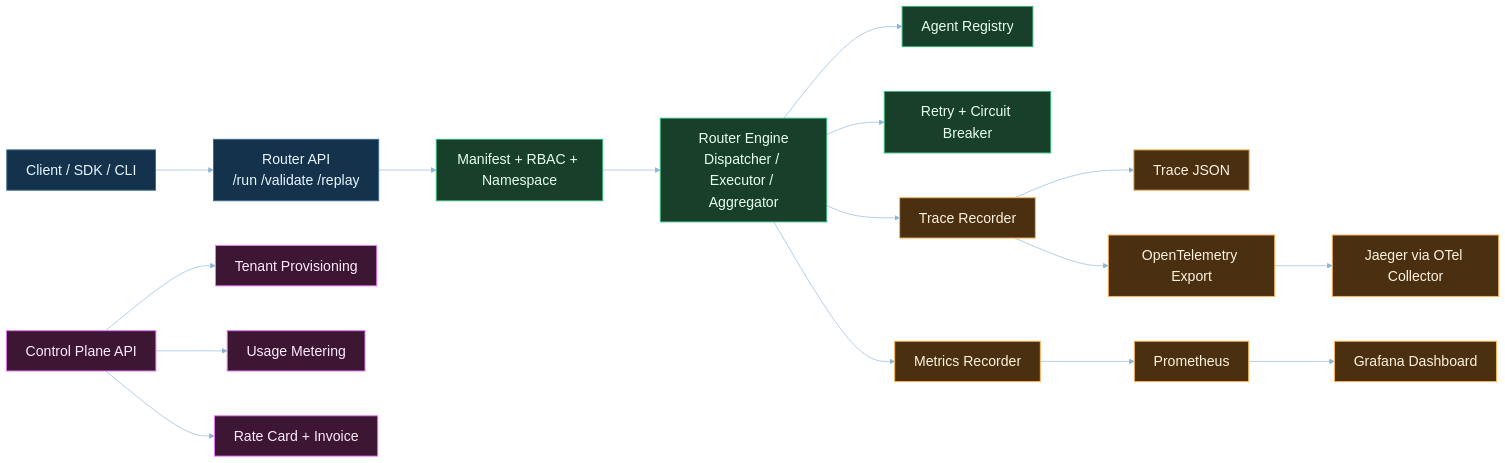
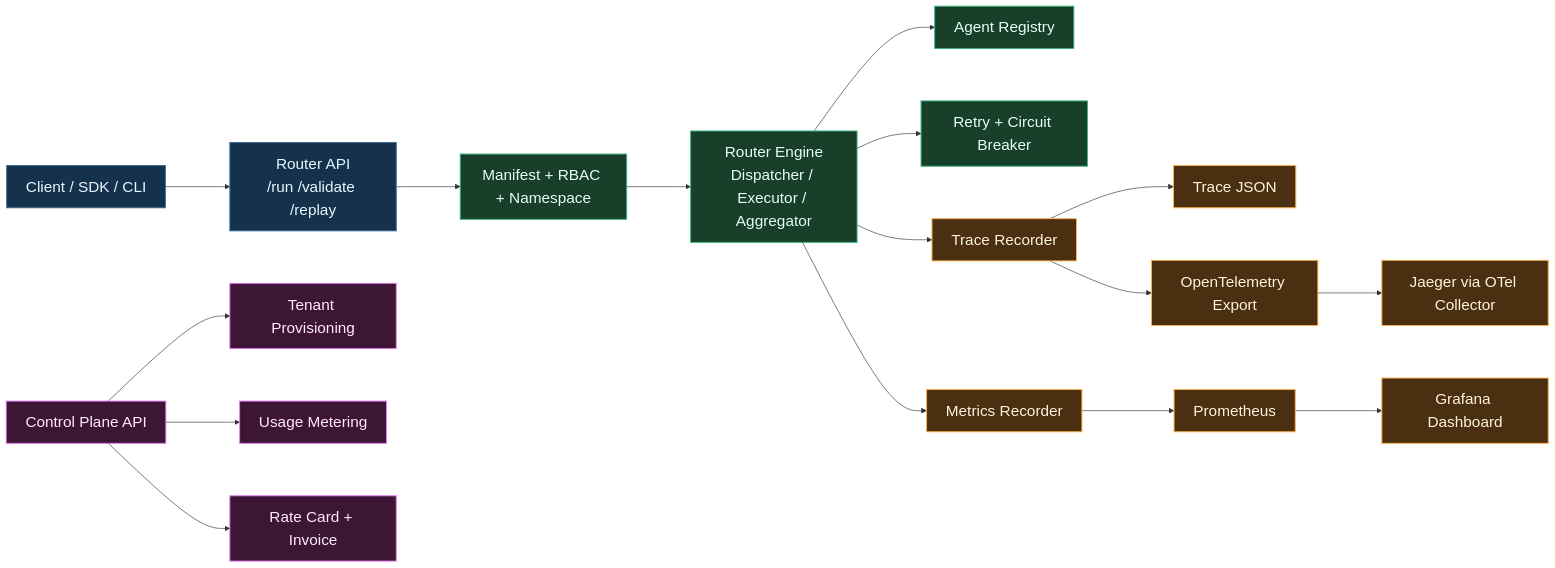
One commit to yagna-1/fluxroute changed the first of 5 diagrams in README.md. Above: the diagram before and after it, drawn with Mermaid. The commit also changed other lines of this file, not shown here.

Commit message:
docs: restore original diagram colors and upscale architecture view

````diff
--- a/README.md
+++ b/README.md
@@ -31,46 +31,43 @@
 ```mermaid
 %%{init: {
-  "theme": "base",
   "themeVariables": {
-    "fontSize": "22px",
-    "primaryTextColor": "#eaf6ff",
-    "lineColor": "#89b4d6"
+    "fontSize": "24px"
   },
   "flowchart": {
-    "diagramPadding": 24,
-    "nodeSpacing": 70,
-    "rankSpacing": 90,
+    "diagramPadding": 30,
+    "nodeSpacing": 82,
+    "rankSpacing": 100,
     "curve": "basis"
   }
 }}%%
 flowchart LR
     C[Client / SDK / CLI] --> API[Router API\n/run /validate /replay]
     API --> CFG[Manifest + RBAC + Namespace]
     CFG --> ENG[Router Engine\nDispatcher / Executor / Aggregator]
 
     ENG --> REG[Agent Registry]
     ENG --> RES[Retry + Circuit Breaker]
     ENG --> TRC[Trace Recorder]
     ENG --> MET[Metrics Recorder]
 
     TRC --> FILE[Trace JSON]
     TRC --> OTL[OpenTelemetry Export]
     OTL --> JAE[Jaeger via OTel Collector]
 
     MET --> PROM[Prometheus]
     PROM --> GRAF[Grafana Dashboard]
 
     CP[Control Plane API] --> TEN[Tenant Provisioning]
     CP --> USE[Usage Metering]
     CP --> BILL[Rate Card + Invoice]
 
     classDef ingress fill:#14324b,color:#e8f6ff,stroke:#3a6d96,stroke-width:1.5px;
     classDef core fill:#173f2a,color:#e9fff3,stroke:#36b37e,stroke-width:1.5px;
     classDef obs fill:#4a2f10,color:#fff3df,stroke:#ffb454,stroke-width:1.5px;
     classDef ent fill:#3d1634,color:#ffecfb,stroke:#e879f9,stroke-width:1.5px;
 
     class C,API ingress;
     class CFG,ENG,REG,RES core;
     class TRC,MET,FILE,OTL,JAE,PROM,GRAF obs;
     class CP,TEN,USE,BILL ent;
 ```
````
